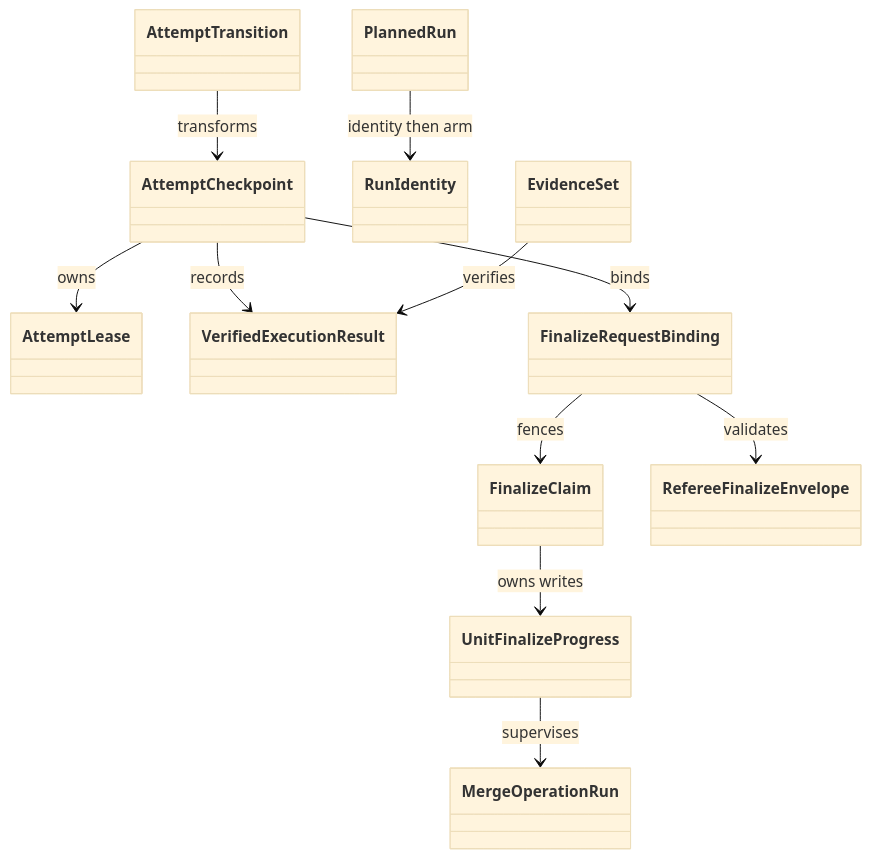
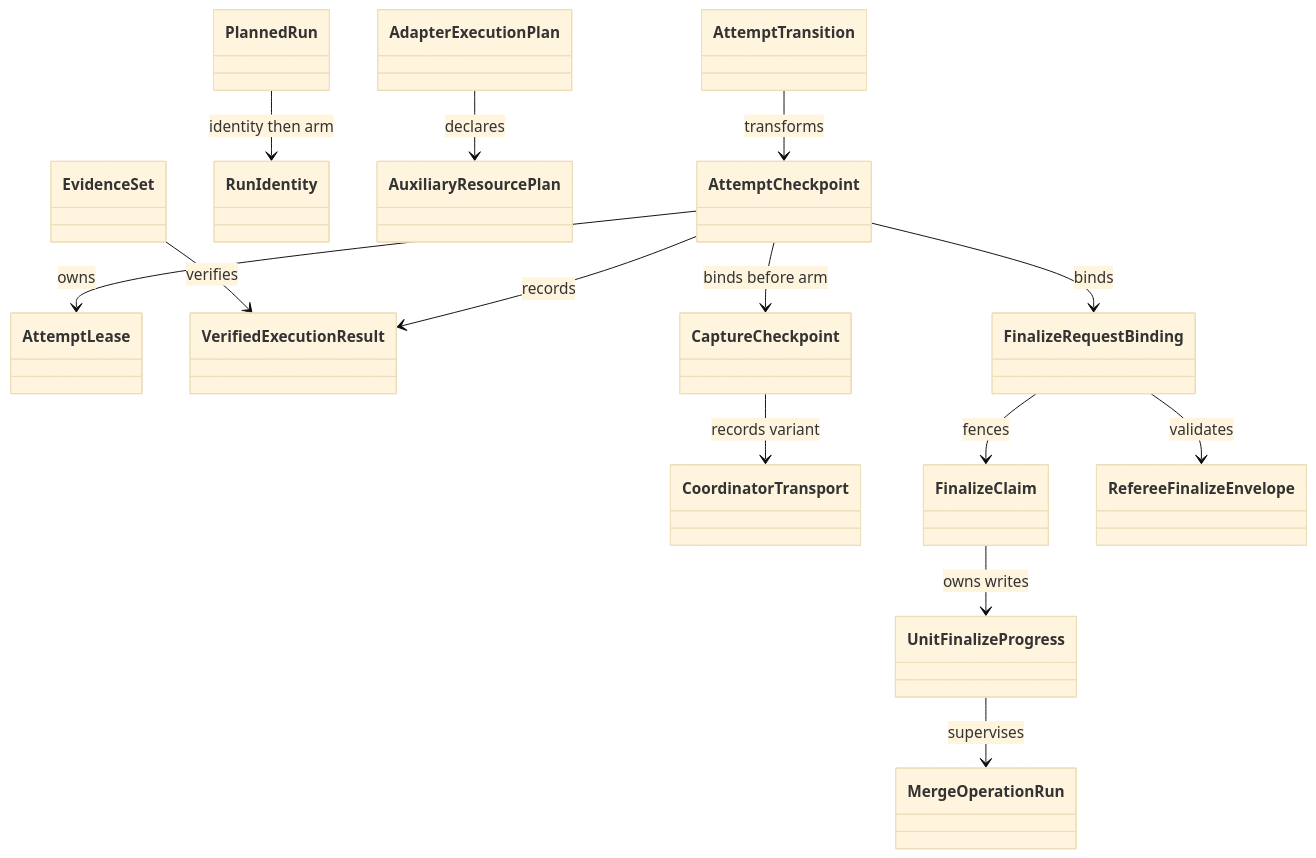
Before and after one commit to amadeus-dlc/amadeus: the diagram in amadeus/spaces/default/intents/260713-swarm-driver-migration/construction/swarm-execution-lifecycle/functional-design/domain-entities.md, drawn with Mermaid (base theme). The commit also changed other lines of this file and 64 other files, not shown here.

````diff
--- a/amadeus/spaces/default/intents/260713-swarm-driver-migration/construction/swarm-execution-lifecycle/functional-design/domain-entities.md
+++ b/amadeus/spaces/default/intents/260713-swarm-driver-migration/construction/swarm-execution-lifecycle/functional-design/domain-entities.md
@@ -537,13 +705,16 @@
 ```mermaid
 classDiagram
   AttemptCheckpoint --> AttemptLease : owns
   AttemptCheckpoint --> VerifiedExecutionResult : records
   AttemptTransition --> AttemptCheckpoint : transforms
   PlannedRun --> RunIdentity : identity then arm
+  AttemptCheckpoint --> CaptureCheckpoint : binds before arm
+  CaptureCheckpoint --> CoordinatorTransport : records variant
+  AdapterExecutionPlan --> AuxiliaryResourcePlan : declares
   EvidenceSet --> VerifiedExecutionResult : verifies
   AttemptCheckpoint --> FinalizeRequestBinding : binds
   FinalizeRequestBinding --> FinalizeClaim : fences
   FinalizeClaim --> UnitFinalizeProgress : owns writes
   UnitFinalizeProgress --> MergeOperationRun : supervises
   FinalizeRequestBinding --> RefereeFinalizeEnvelope : validates
 ```
````
